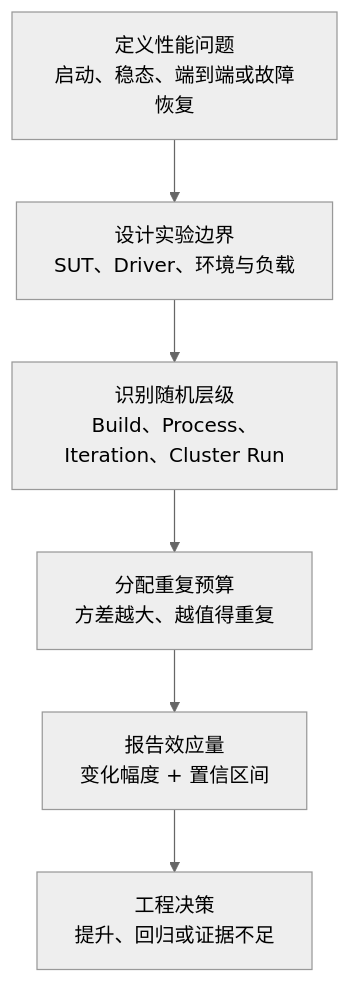
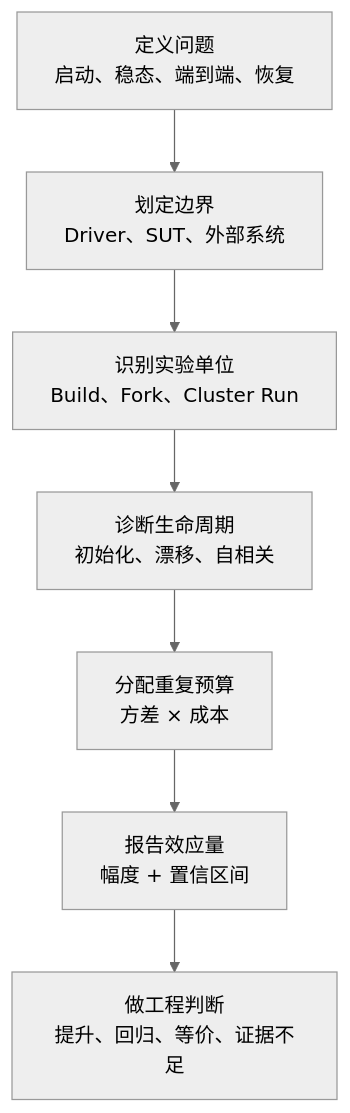
One commit to nzw921rx/nzw921rx-blog changed the first of 3 diagrams in content/posts/rigorous-java-stream-benchmarking.md. Above: the diagram before and after it, drawn with Mermaid (neutral theme). The commit also changed other lines of this file, not shown here.

````diff
--- a/content/posts/rigorous-java-stream-benchmarking.md
+++ b/content/posts/rigorous-java-stream-benchmarking.md
@@ -50,8 +74,9 @@
 ```mermaid
 flowchart TB
-    A["定义性能问题<br/>启动、稳态、端到端或故障恢复"] --> B["设计实验边界<br/>SUT、Driver、环境与负载"]
-    B --> C["识别随机层级<br/>Build、Process、Iteration、Cluster Run"]
-    C --> D["分配重复预算<br/>方差越大、越值得重复"]
-    D --> E["报告效应量<br/>变化幅度 + 置信区间"]
-    E --> F["工程决策<br/>提升、回归或证据不足"]
+    A["定义问题<br/>启动、稳态、端到端、恢复"] --> B["划定边界<br/>Driver、SUT、外部系统"]
+    B --> C["识别实验单位<br/>Build、Fork、Cluster Run"]
+    C --> D["诊断生命周期<br/>初始化、漂移、自相关"]
+    D --> E["分配重复预算<br/>方差 × 成本"]
+    E --> F["报告效应量<br/>幅度 + 置信区间"]
+    F --> G["做工程判断<br/>提升、回归、等价、证据不足"]
 ```
````
